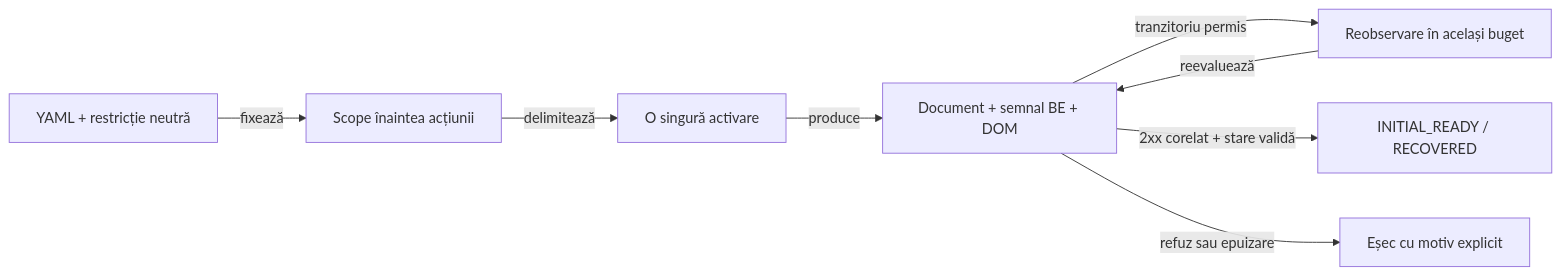
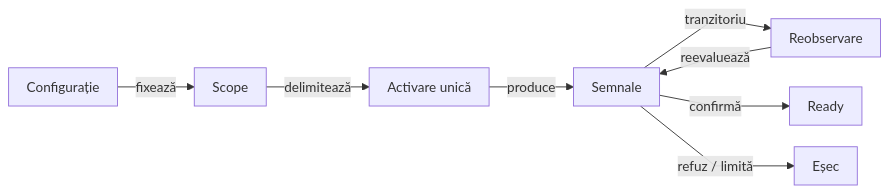
Before and after one commit to crististefanita/atf_j0: the fourth of 5 diagrams in atf-ui/README.md, drawn with Mermaid. The commit also changed other lines of this file and 97 other files, not shown here.

````diff
--- a/atf-ui/README.md
+++ b/atf-ui/README.md
@@ -359,10 +390,11 @@
 ```mermaid
+%%{init: {"themeVariables":{"fontSize":"15px"},"themeCSS":".nodeLabel, .nodeLabel p { font-size: 15px !important; line-height: 1.35 !important; } .edgeLabel, .edgeLabel p { font-size: 12px !important; font-weight: 400 !important; line-height: 1.2 !important; } .edgeLabel .labelBkg, .edgeLabel p { background: transparent !important; } .edgeLabel foreignObject { transform: translateY(-28px); overflow: visible; } .node rect { rx: 6px; ry: 6px; } .edgeLabel [data-id=\"L_Observe_Gate_0\"] foreignObject { transform: translate(0px, 38px); } .edgeLabel [data-id=\"L_Gate_Stop_0\"] foreignObject { transform: translate(0px, -38px); }","flowchart":{"curve":"linear","nodeSpacing":24,"rankSpacing":40,"padding":10,"diagramPadding":24}}}%%
 flowchart LR
-    Config["YAML + restricție neutră"] -->|fixează| Scope["Scope înaintea acțiunii"]
-    Scope -->|delimitează| Action["O singură activare"]
-    Action -->|produce| Gate["Document + semnal BE + DOM"]
-    Gate -->|tranzitoriu permis| Observe["Reobservare în același buget"]
+    Config["Configurație"] -->|fixează| Scope["Scope"]
+    Scope -->|delimitează| Action["Activare unică"]
+    Action -->|produce| Gate["Semnale"]
+    Gate -->|tranzitoriu| Observe["Reobservare"]
     Observe -->|reevaluează| Gate
-    Gate -->|2xx corelat + stare validă| Ready["INITIAL_READY / RECOVERED"]
-    Gate -->|refuz sau epuizare| Stop["Eșec cu motiv explicit"]
+    Gate -->|confirmă| Ready["Ready"]
+    Gate -->|refuz / limită| Stop["Eșec"]
 ```
````
